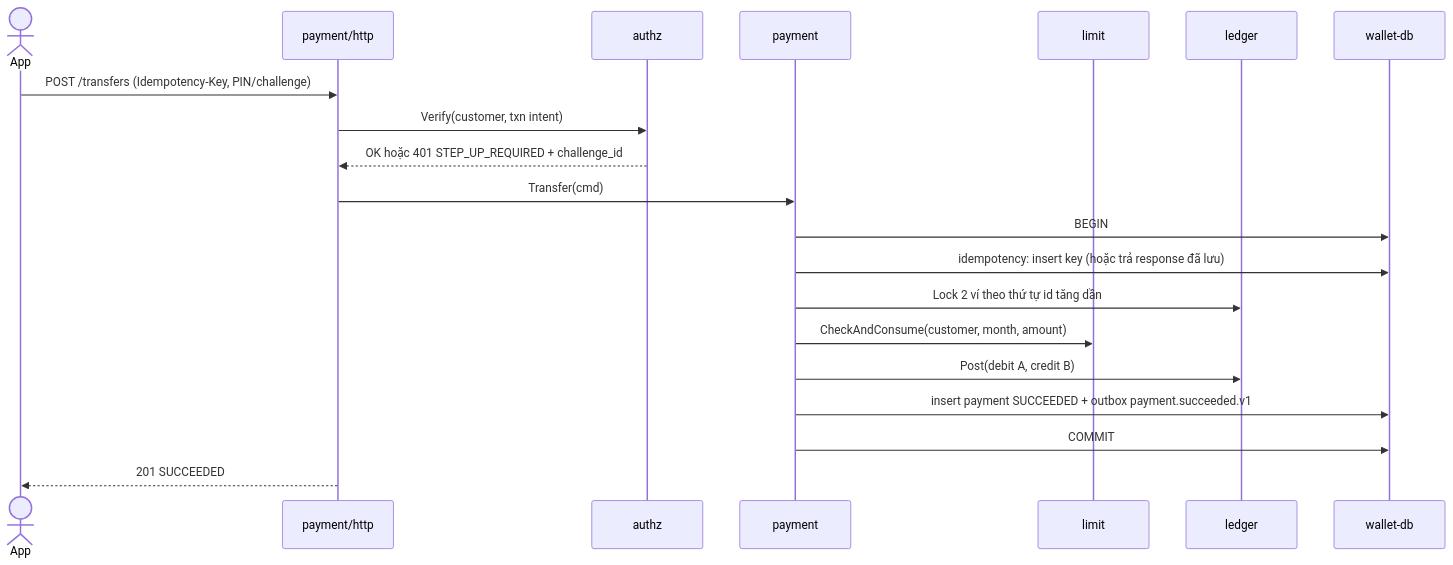
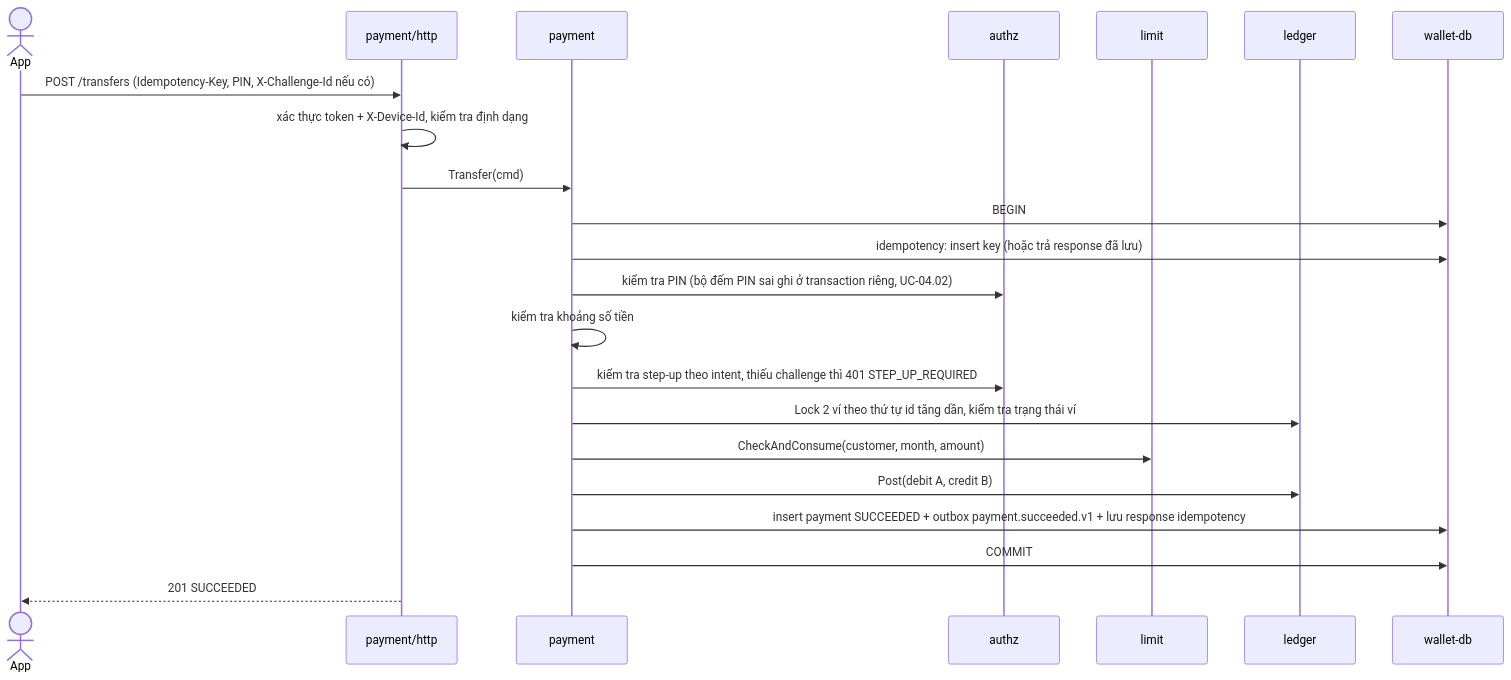
One commit to Hungnd562k/E-Wallet changed the fourth of 5 diagrams in docs/architecture.md. Above: the diagram before and after it, drawn with Mermaid. The commit also changed other lines of this file and 12 other files, not shown here.

````diff
--- a/docs/architecture.md
+++ b/docs/architecture.md
@@ -225,23 +225,25 @@
 ```mermaid
 sequenceDiagram
     actor U as App
     participant H as payment/http
+    participant P as payment
     participant AZ as authz
-    participant P as payment
     participant L as limit
     participant LG as ledger
     participant DB as wallet-db
 
-    U->>H: POST /transfers (Idempotency-Key, PIN/challenge)
-    H->>AZ: Verify(customer, txn intent)
-    AZ-->>H: OK hoặc 401 STEP_UP_REQUIRED + challenge_id
+    U->>H: POST /transfers (Idempotency-Key, PIN, X-Challenge-Id nếu có)
+    H->>H: xác thực token + X-Device-Id, kiểm tra định dạng
     H->>P: Transfer(cmd)
     P->>DB: BEGIN
     P->>DB: idempotency: insert key (hoặc trả response đã lưu)
-    P->>LG: Lock 2 ví theo thứ tự id tăng dần
+    P->>AZ: kiểm tra PIN (bộ đếm PIN sai ghi ở transaction riêng, UC-04.02)
+    P->>P: kiểm tra khoảng số tiền
+    P->>AZ: kiểm tra step-up theo intent, thiếu challenge thì 401 STEP_UP_REQUIRED
+    P->>LG: Lock 2 ví theo thứ tự id tăng dần, kiểm tra trạng thái ví
     P->>L: CheckAndConsume(customer, month, amount)
     P->>LG: Post(debit A, credit B)
-    P->>DB: insert payment SUCCEEDED + outbox payment.succeeded.v1
+    P->>DB: insert payment SUCCEEDED + outbox payment.succeeded.v1 + lưu response idempotency
     P->>DB: COMMIT
     H-->>U: 201 SUCCEEDED
 ```
````
